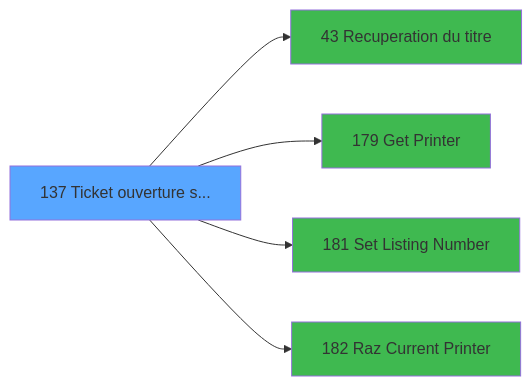
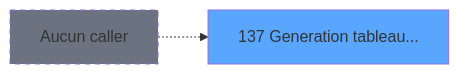
One commit to thonyAGP/magic-migration changed the second of 3 diagrams in .openspec/specs/ADH-IDE-137.md. Above: the diagram before and after it, drawn with Mermaid. The commit also changed other lines of this file and 311 other files, not shown here.

````diff
--- a/.openspec/specs/ADH-IDE-137.md
+++ b/.openspec/specs/ADH-IDE-137.md
@@ -607,17 +288,8 @@
 ```mermaid
 graph LR
-    T137[137 Ticket ouverture s...]
+    T137[137 Generation tableau...]
     style T137 fill:#58a6ff
-    C43[43 Recuperation du titre]
-    T137 --> C43
-    style C43 fill:#3fb950
-    C179[179 Get Printer]
-    T137 --> C179
-    style C179 fill:#3fb950
-    C181[181 Set Listing Number]
-    T137 --> C181
-    style C181 fill:#3fb950
-    C182[182 Raz Current Printer]
-    T137 --> C182
-    style C182 fill:#3fb950
+    NONE[Aucun caller]
+    NONE -.-> T137
+    style NONE fill:#6b7280,stroke-dasharray: 5 5
 ```
````
